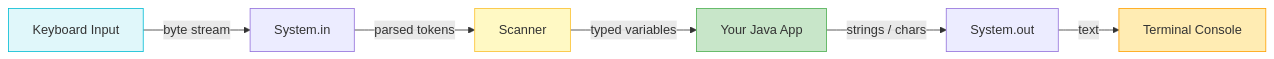
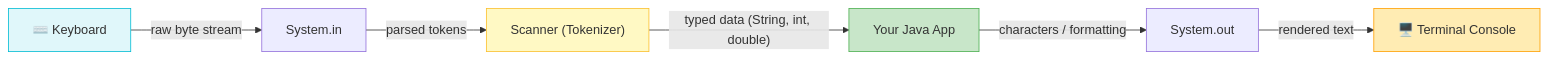
The second of 2 diagrams in src/input_output/README.md (Mokshagnatej/Java-course), drawn with Mermaid before and after one commit. The commit also changed other lines of this file and 15 other files, not shown here.

````diff
--- a/src/input_output/README.md
+++ b/src/input_output/README.md
@@ -23,13 +74,13 @@
 ```mermaid
 flowchart LR
-    K["Keyboard Input"] -->|"byte stream"| SIN["System.in"]
-    SIN -->|"parsed tokens"| SC["Scanner"]
-    SC -->|"typed variables"| APP["Your Java App"]
-    APP -->|"strings / chars"| SOUT["System.out"]
-    SOUT -->|"text"| CON["Terminal Console"]
+    K["⌨️ Keyboard"] -->|"raw byte stream"| SIN["System.in"]
+    SIN -->|"parsed tokens"| SC["Scanner (Tokenizer)"]
+    SC -->|"typed data (String, int, double)"| APP["Your Java App"]
+    APP -->|"characters / formatting"| SOUT["System.out"]
+    SOUT -->|"rendered text"| CON["🖥️ Terminal Console"]
 
     style K fill:#E0F7FA,stroke:#00BCD4
     style SC fill:#FFF9C4,stroke:#FBC02D
     style APP fill:#C8E6C9,stroke:#4CAF50
     style CON fill:#FFECB3,stroke:#FFA000
 ```
````
